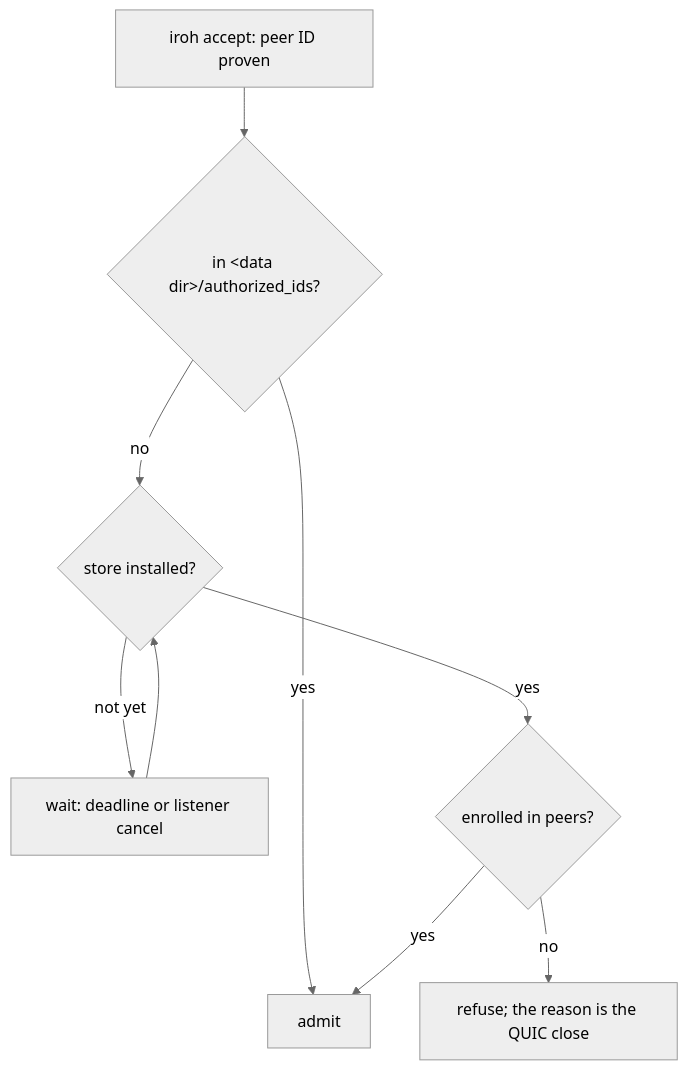
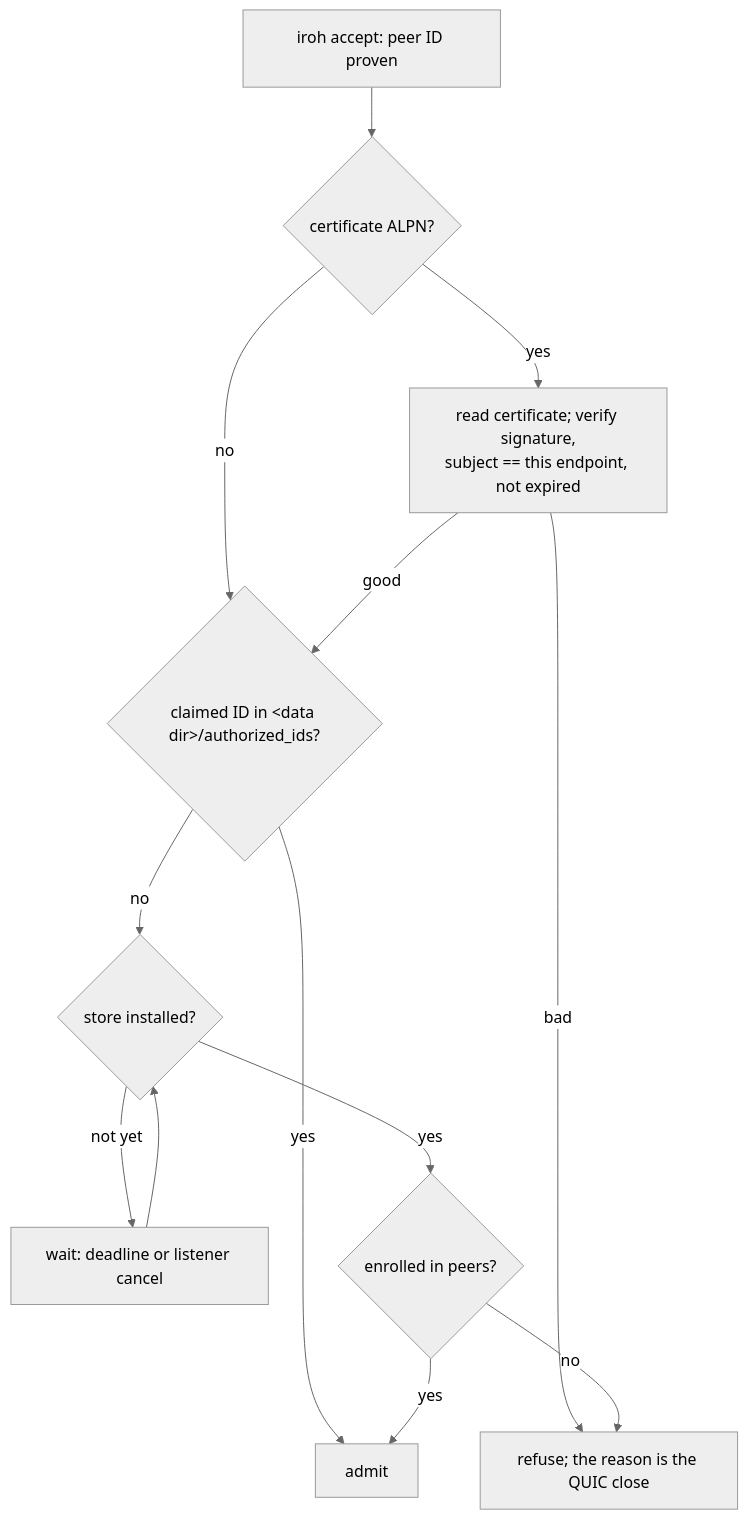
Before and after one commit to discobox-ai/discobox: the third of 4 diagrams in server/DESIGN.md, drawn with Mermaid (neutral theme). The commit also changed other lines of this file and 15 other files, not shown here.

````diff
--- a/server/DESIGN.md
+++ b/server/DESIGN.md
@@ -348,11 +356,16 @@
 ```mermaid
 flowchart TD
-    accept[iroh accept: peer ID proven] --> file{"in &lt;data dir&gt;/authorized_ids?"}
+    accept[iroh accept: peer ID proven] --> alpn{"certificate ALPN?"}
+    alpn -- no --> file
+    alpn -- yes --> cert["read certificate; verify signature,<br/>subject == this endpoint, not expired"]
+    cert -- bad --> refuse
+    cert -- good --> file
+    file{"claimed ID in &lt;data dir&gt;/authorized_ids?"}
     file -- yes --> admit[admit]
     file -- no --> store{"store installed?"}
     store -- "not yet" --> wait[wait: deadline or listener cancel]
     wait --> store
     store -- yes --> row{"enrolled in peers?"}
     row -- yes --> admit
     row -- no --> refuse["refuse; the reason is the QUIC close"]
 ```
````
